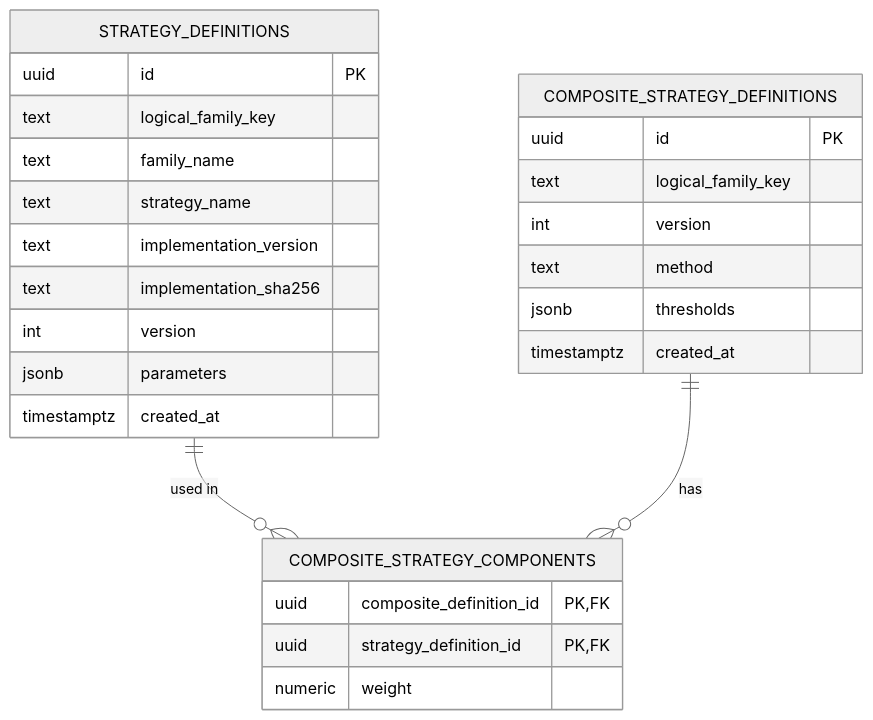
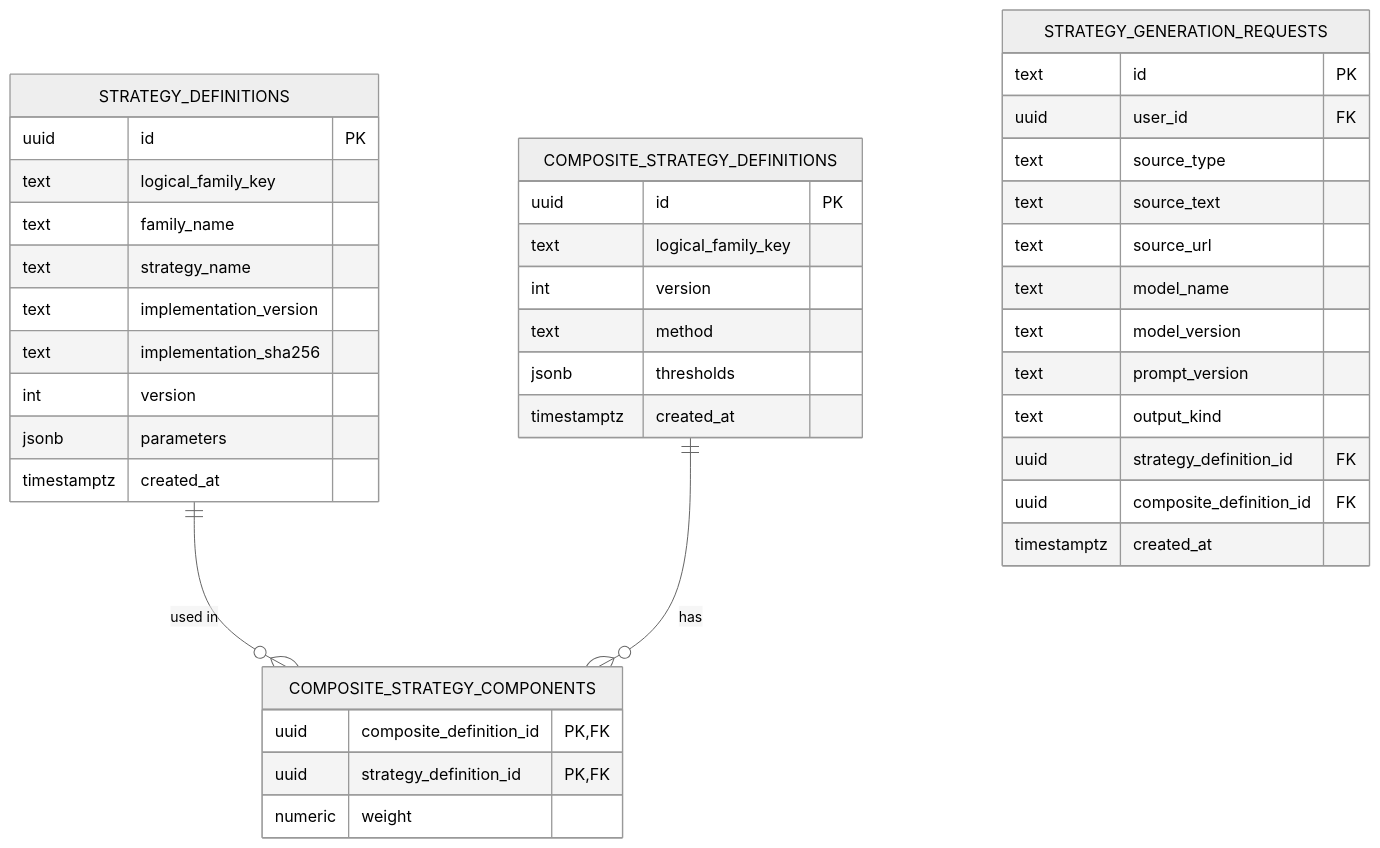
One commit to thanhdatttt/Cryptox changed the seventh of 8 diagrams in openspec/specs/strategy-spec.md. Above: the diagram before and after it, drawn with Mermaid (neutral theme). The commit also changed other lines of this file and 10 other files, not shown here.

````diff
--- a/openspec/specs/strategy-spec.md
+++ b/openspec/specs/strategy-spec.md
@@ -407,30 +467,44 @@
 ```mermaid
 erDiagram
     STRATEGY_DEFINITIONS ||--o{ COMPOSITE_STRATEGY_COMPONENTS : "used in"
     COMPOSITE_STRATEGY_DEFINITIONS ||--o{ COMPOSITE_STRATEGY_COMPONENTS : "has"
 
     STRATEGY_DEFINITIONS {
         uuid id PK
         text logical_family_key
         text family_name
         text strategy_name
         text implementation_version
         text implementation_sha256
         int version
         jsonb parameters
         timestamptz created_at
     }
     COMPOSITE_STRATEGY_DEFINITIONS {
         uuid id PK
         text logical_family_key
         int version
         text method
         jsonb thresholds
         timestamptz created_at
     }
     COMPOSITE_STRATEGY_COMPONENTS {
         uuid composite_definition_id PK, FK
         uuid strategy_definition_id PK, FK
         numeric weight
     }
+    STRATEGY_GENERATION_REQUESTS {
+        text id PK
+        uuid user_id FK
+        text source_type
+        text source_text
+        text source_url
+        text model_name
+        text model_version
+        text prompt_version
+        text output_kind
+        uuid strategy_definition_id FK
+        uuid composite_definition_id FK
+        timestamptz created_at
+    }
 ```
````
